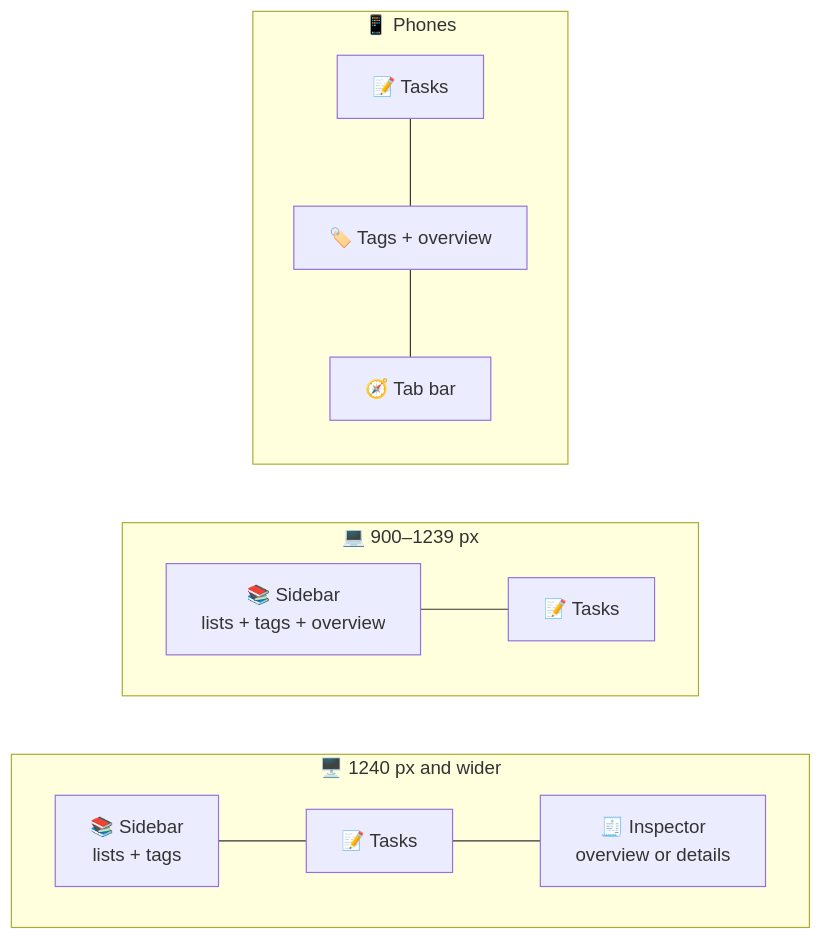
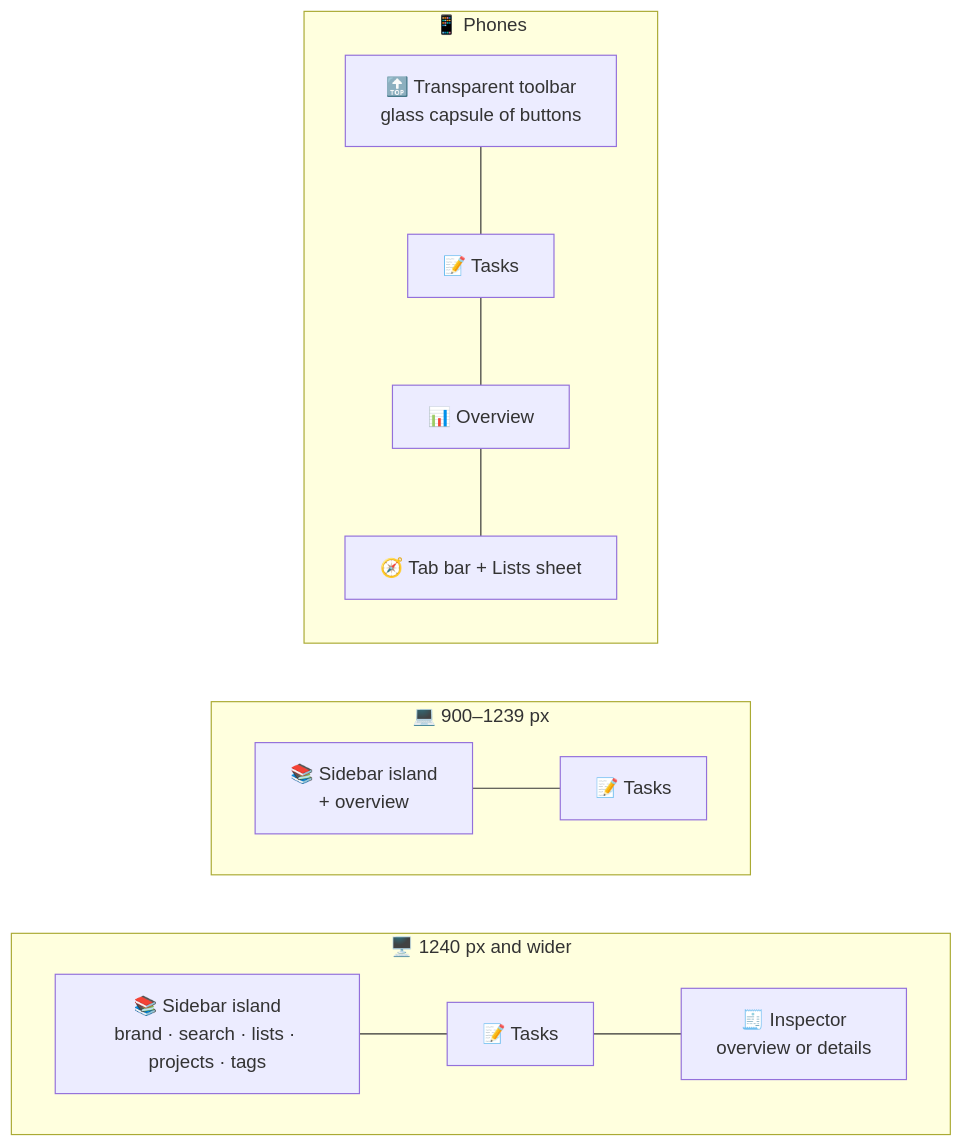
Before and after one commit to sacrificed666/react-todo-app: the diagram in docs/design.md, drawn with Mermaid. The commit also changed other lines of this file and 173 other files, not shown here.

````diff
--- a/docs/design.md
+++ b/docs/design.md
@@ -14,15 +15,15 @@
 ```mermaid
 flowchart LR
   subgraph Wide["🖥️ 1240 px and wider"]
     direction LR
-    S1[📚 Sidebar<br/>lists + tags] --- M1[📝 Tasks] --- I1[🧾 Inspector<br/>overview or details]
+    S1["📚 Sidebar island<br/>brand · search · lists · projects · tags"] --- M1[📝 Tasks] --- I1[🧾 Inspector<br/>overview or details]
   end
   subgraph Regular["💻 900–1239 px"]
     direction LR
-    S2[📚 Sidebar<br/>lists + tags + overview] --- M2[📝 Tasks]
+    S2["📚 Sidebar island<br/>+ overview"] --- M2[📝 Tasks]
   end
   subgraph Compact["📱 Phones"]
     direction TB
-    M3[📝 Tasks] --- S3[🏷️ Tags + overview] --- T3[🧭 Tab bar]
+    T0["🔝 Transparent toolbar<br/>glass capsule of buttons"] --- M3[📝 Tasks] --- S3[📊 Overview] --- T3["🧭 Tab bar + Lists sheet"]
   end
 ```
````
